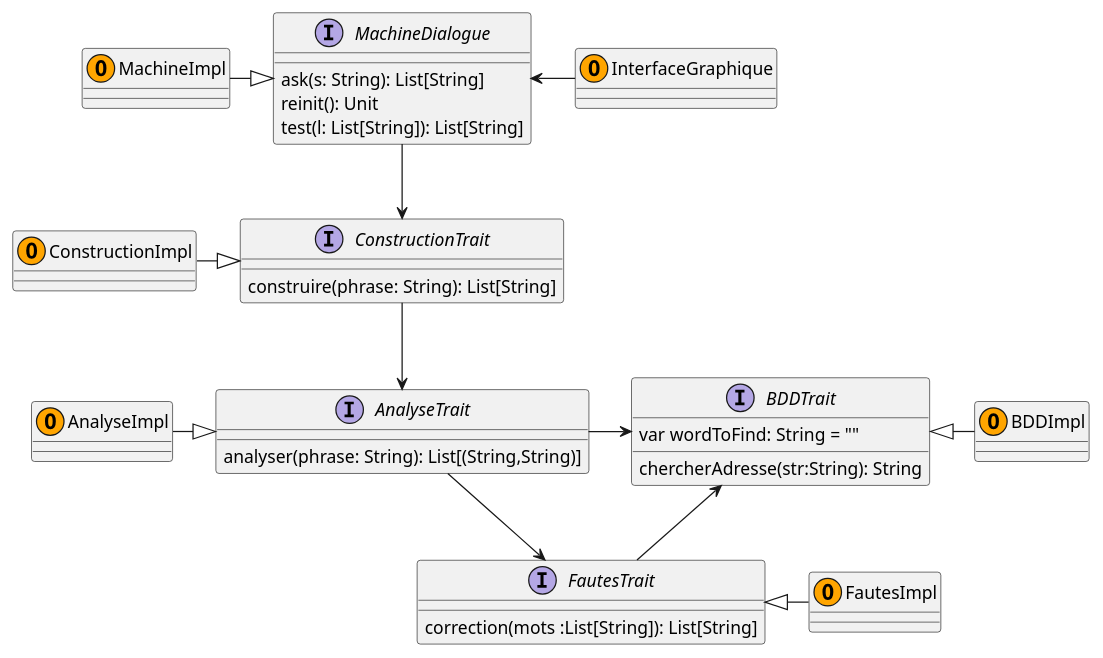
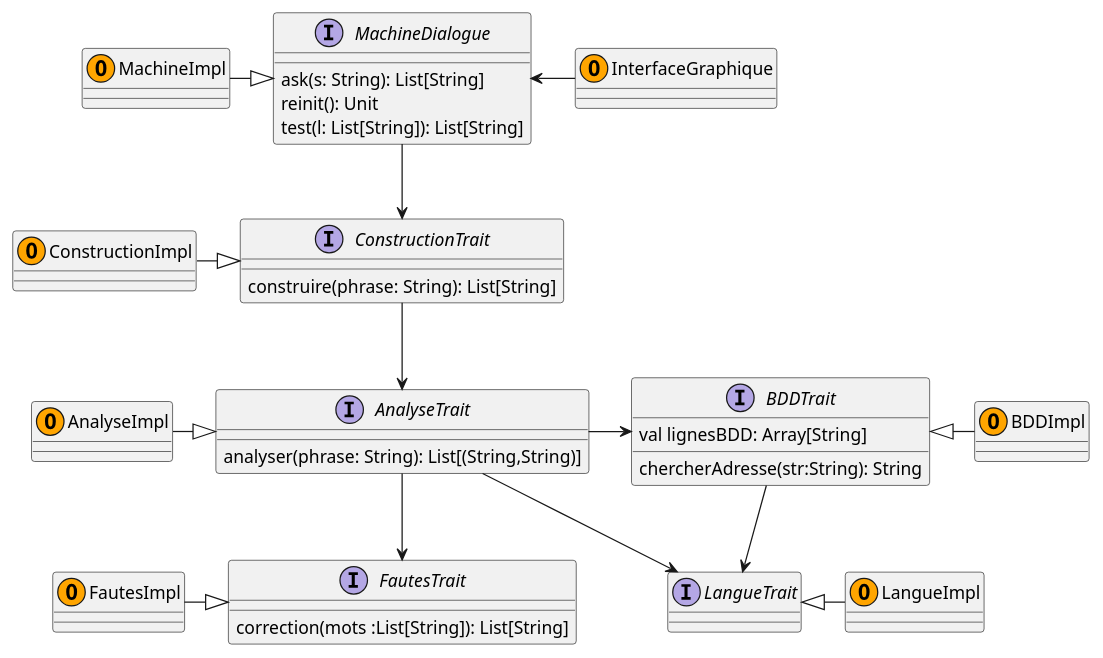
One commit to mathisglt/AvatarBacchus changed the diagram in src/main/scala/diagramme/diag_imp.plantuml. Above: the diagram before and after it, drawn with PlantUML.

Commit message:
maj diagramme

```diff
--- a/src/main/scala/diagramme/diag_imp.plantuml
+++ b/src/main/scala/diagramme/diag_imp.plantuml
@@ -1,51 +1,58 @@
 @startuml Avatar
 
 interface BDDTrait{
-	var wordToFind: String = "" 
+	val lignesBDD: Array[String]
 	chercherAdresse(str:String): String
 }
 
 interface MachineDialogue {
 	ask(s: String): List[String]
 	reinit(): Unit
 	test(l: List[String]): List[String]
 }
 
 interface ConstructionTrait{
 	construire(phrase: String): List[String]
 }
 	
 interface InterfaceGraphique{
 	
 }
 
 interface FautesTrait{
 	correction(mots :List[String]): List[String]
 }
 
 interface AnalyseTrait{
 	analyser(phrase: String): List[(String,String)]
 }
 
+interface LangueTrait{
+	
+}
+
 
 class MachineImpl <<(O,Orange)>>
 class InterfaceGraphique <<(O,Orange)>>
 class ConstructionImpl <<(O,Orange)>>
 class AnalyseImpl <<(O,Orange)>>
 class BDDImpl <<(O,Orange)>>
 class FautesImpl <<(O,Orange)>>
+class LangueImpl <<(O,Orange)>>
 
 MachineImpl -|> MachineDialogue
 BDDTrait <|-  BDDImpl 
 ConstructionImpl -|>  ConstructionTrait
 AnalyseImpl -|>  AnalyseTrait 
-FautesTrait <|-  FautesImpl 
+FautesImpl -|>  FautesTrait
+LangueTrait <|-  LangueImpl 
 
 MachineDialogue --> ConstructionTrait
 MachineDialogue <- InterfaceGraphique
 ConstructionTrait --> AnalyseTrait
 AnalyseTrait -> BDDTrait
 AnalyseTrait --> FautesTrait
-BDDTrait <-  FautesTrait
+AnalyseTrait --> LangueTrait
+BDDTrait -> LangueTrait
 
 @enduml
```
